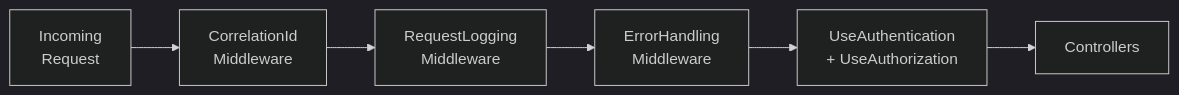
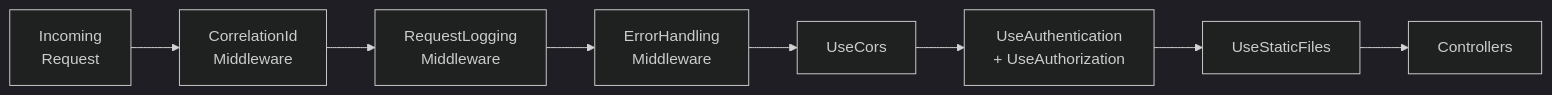
One commit to mintlify-atlas/docs-atlas-9c3b4215 changed the third of 3 diagrams in concepts/architecture.mdx. Above: the diagram before and after it, drawn with Mermaid (dark theme). The commit also changed other lines of this file and 16 other files, not shown here.

````diff
--- a/concepts/architecture.mdx
+++ b/concepts/architecture.mdx
@@ -60,9 +60,11 @@
 ```mermaid
 flowchart LR
     Req["Incoming\nRequest"]
     --> CID["CorrelationId\nMiddleware"]
     --> LOG["RequestLogging\nMiddleware"]
     --> ERR["ErrorHandling\nMiddleware"]
+    --> CORS["UseCors"]
     --> AUTH["UseAuthentication\n+ UseAuthorization"]
+    --> STA["UseStaticFiles"]
     --> CTRL["Controllers"]
 ```
````
